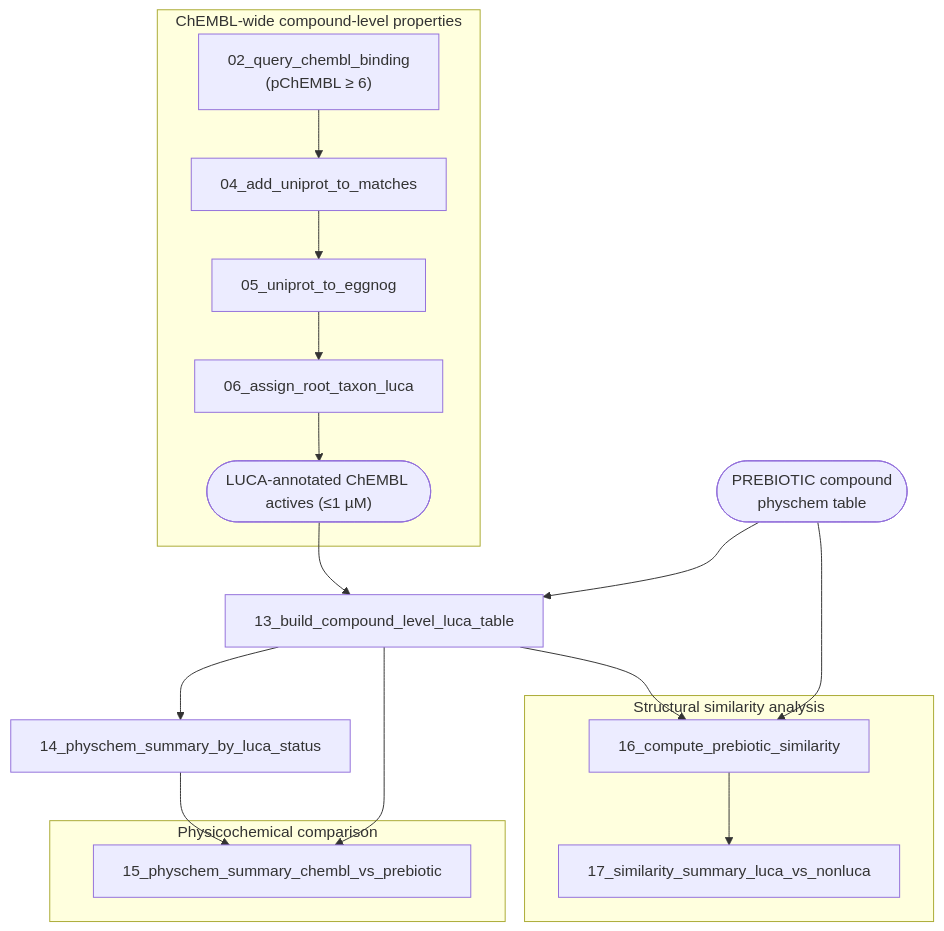
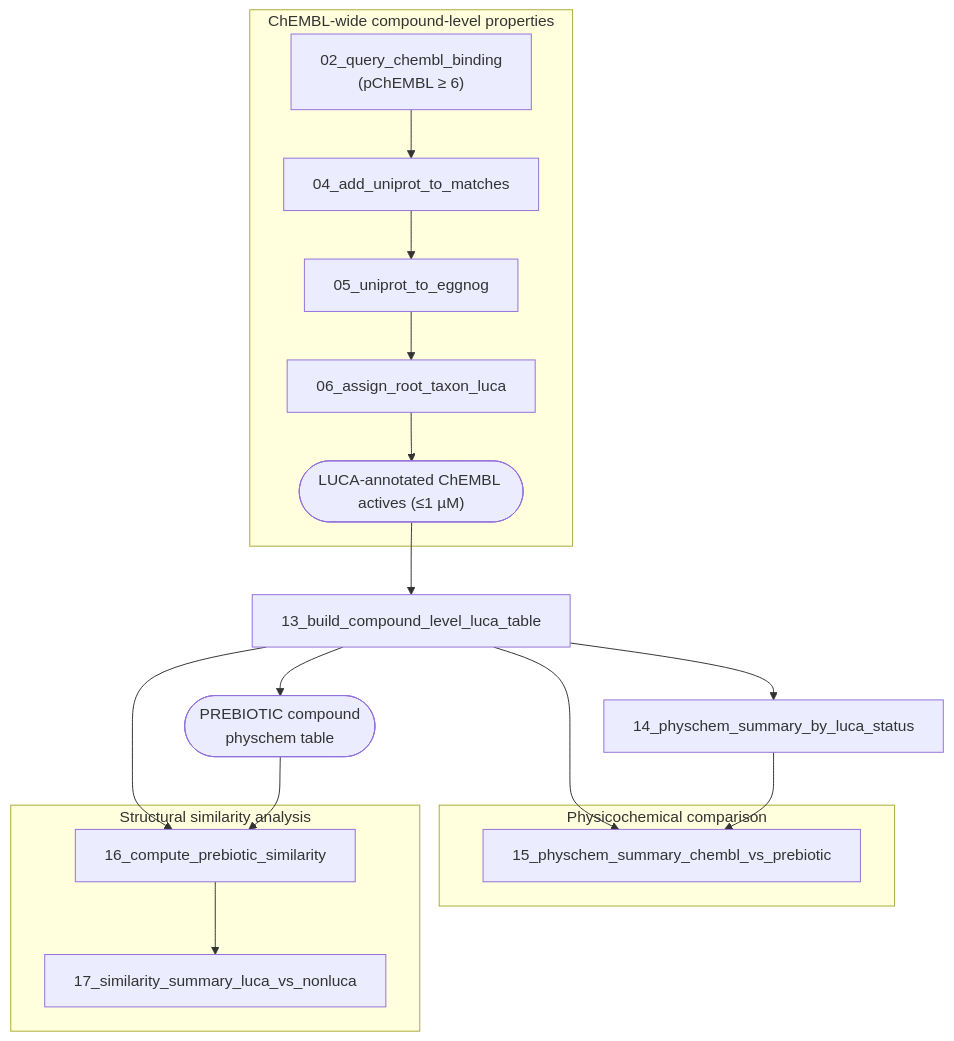
Before and after one commit to ludvikespeland/Prebiotic_ligands_LUCA: the fifth of 5 diagrams in README.md, drawn with Mermaid.

````diff
--- a/README.md
+++ b/README.md
@@ -167,38 +167,38 @@
 ```mermaid
 flowchart TD
     subgraph chembl_annot["ChEMBL-wide compound-level properties"]
         E0["02_query_chembl_binding<br>(pChEMBL ≥ 6)"]
         E4["04_add_uniprot_to_matches"]
         E5["05_uniprot_to_eggnog"]
         E6["06_assign_root_taxon_luca"]
         E7(["LUCA-annotated ChEMBL actives (≤1 µM)"])
 
         E0 --> E4 --> E5 --> E6 --> E7
     end
 
     E13["13_build_compound_level_luca_table"]
     E14["14_physchem_summary_by_luca_status"]
 
     Epre(["PREBIOTIC compound<br>physchem table"])
 
     E7 --> E13
-    Epre --> E13
+    E13 --> Epre
     E13 --> E14
 
     subgraph comparison["Physicochemical comparison"]
         E15["15_physchem_summary_chembl_vs_prebiotic"]
     end
 
     E13 --> E15
     E14 --> E15
 
     subgraph similarity["Structural similarity analysis"]
         E16["16_compute_prebiotic_similarity"]
         E17["17_similarity_summary_luca_vs_nonluca"]
 
         E16 --> E17
     end
 
     E13 --> E16
     Epre --> E16
 ```
````
